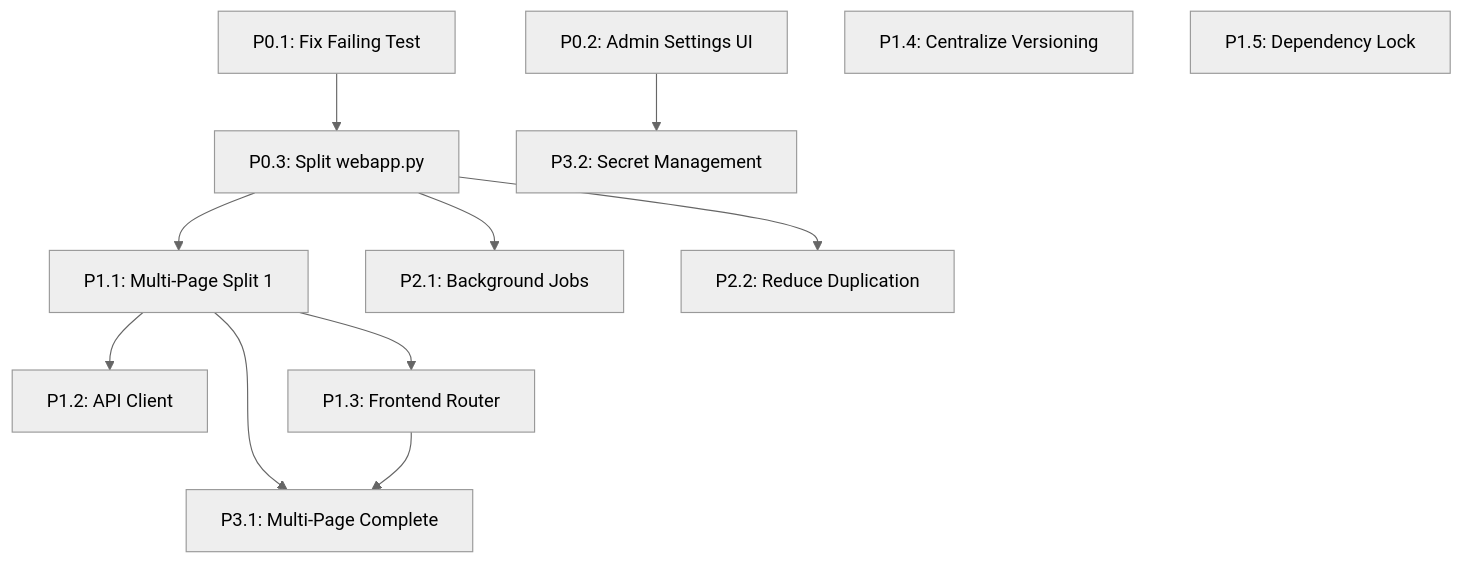
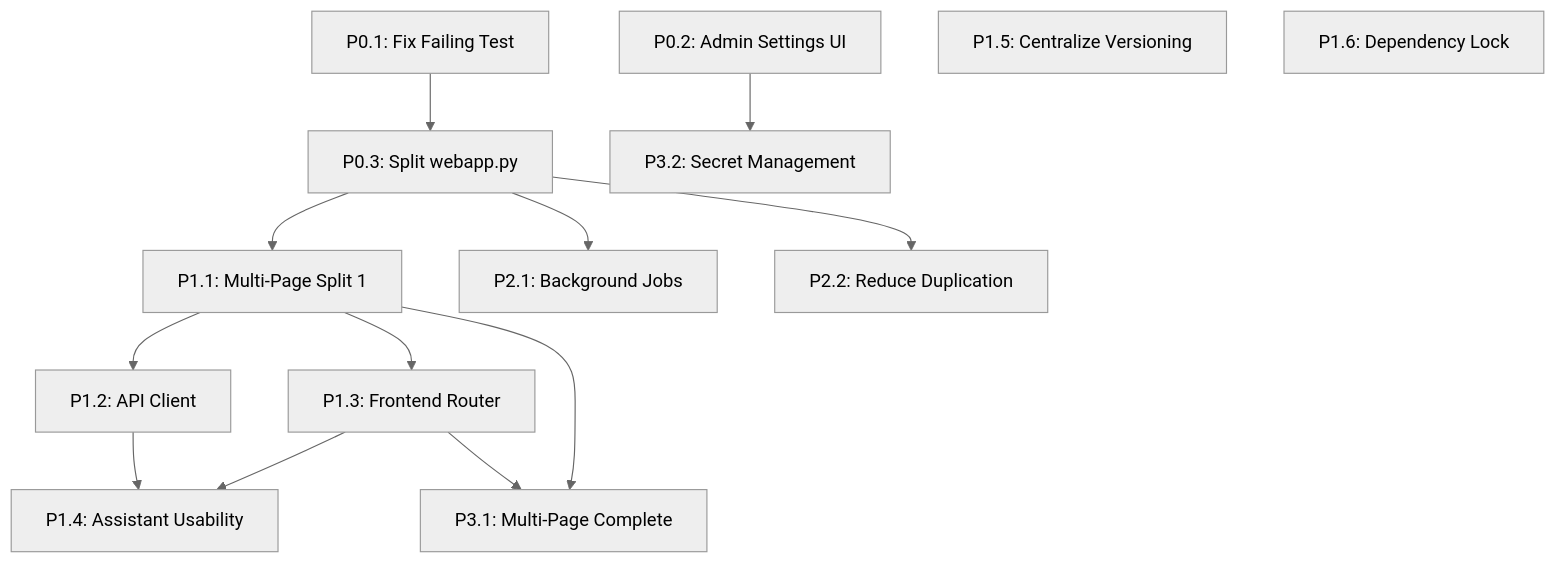
One commit to celnetamit/aicopy-softwere changed the third of 3 diagrams in plans/architecture_review_and_improvement_plan.md. Above: the diagram before and after it, drawn with Mermaid (neutral theme). The commit also changed other lines of this file and 13 other files, not shown here.

````diff
--- a/plans/architecture_review_and_improvement_plan.md
+++ b/plans/architecture_review_and_improvement_plan.md
@@ -315,14 +329,16 @@
 ```mermaid
 graph TD
     P0_1["P0.1: Fix Failing Test"] --> P0_3["P0.3: Split webapp.py"]
     P0_2["P0.2: Admin Settings UI"] --> P3_2["P3.2: Secret Management"]
     P0_3 --> P1_1["P1.1: Multi-Page Split 1"]
     P0_3 --> P2_1["P2.1: Background Jobs"]
     P0_3 --> P2_2["P2.2: Reduce Duplication"]
     P1_1 --> P1_2["P1.2: API Client"]
     P1_1 --> P1_3["P1.3: Frontend Router"]
     P1_1 --> P3_1["P3.1: Multi-Page Complete"]
+    P1_2 --> P1_4["P1.4: Assistant Usability"]
+    P1_3 --> P1_4
     P1_3 --> P3_1
-    P1_4["P1.4: Centralize Versioning"]
-    P1_5["P1.5: Dependency Lock"]
+    P1_5["P1.5: Centralize Versioning"]
+    P1_6["P1.6: Dependency Lock"]
 ```
````
